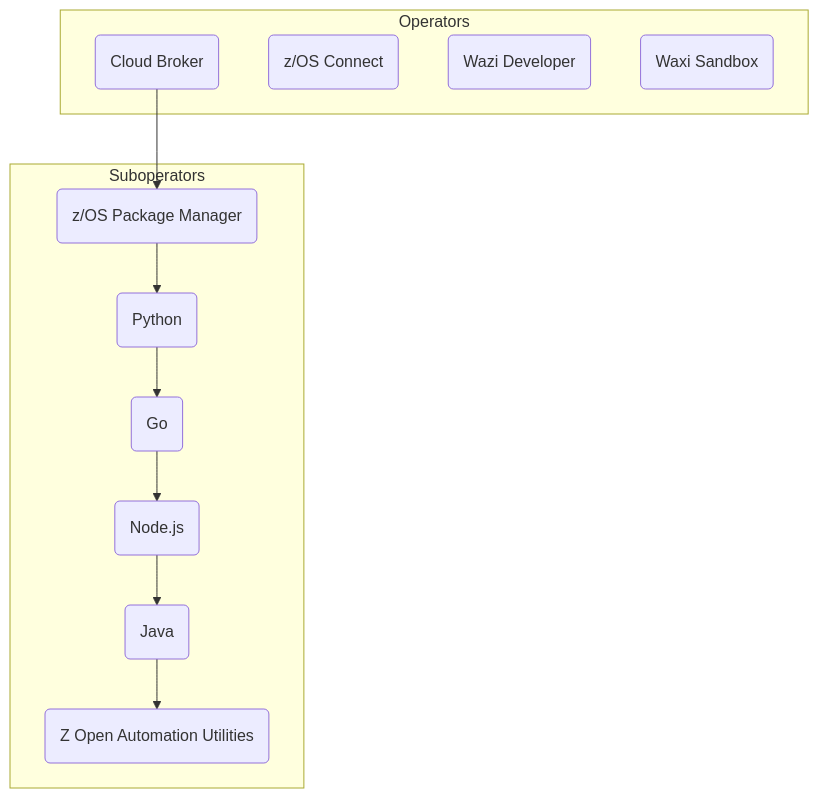
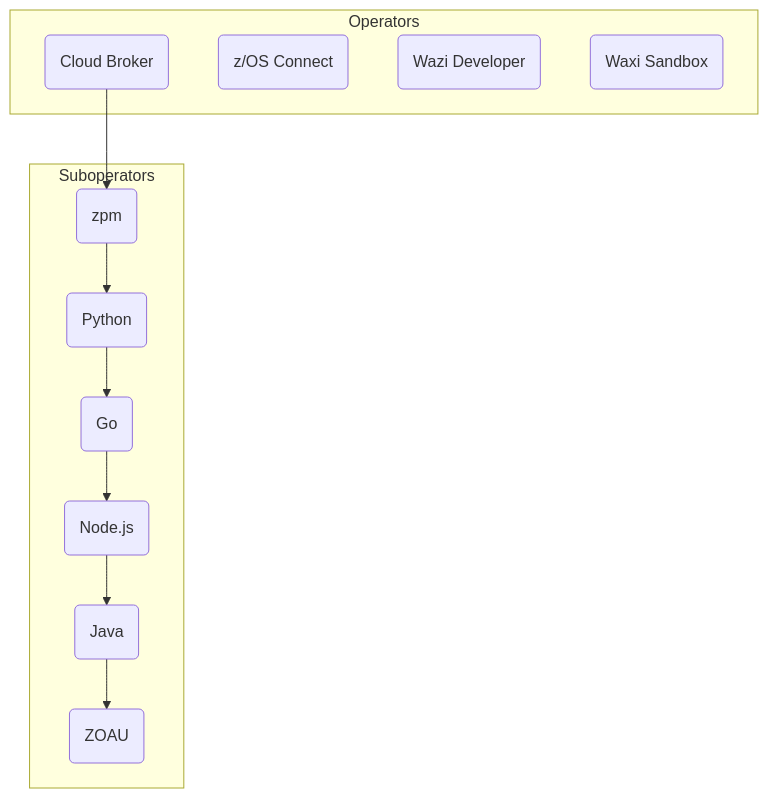
Before and after one commit to MikeFultonDev/mermexp: the diagram in my.md, drawn with Mermaid.

````diff
--- a/my.md
+++ b/my.md
@@ -1,23 +1,23 @@
 ```mermaid
   graph TD;
     subgraph Operators
       CB(Cloud Broker)
       zCEE(z/OS Connect)
       Dev(Wazi Developer)
       Sandbox(Waxi Sandbox)
     end
 
     subgraph Suboperators   
-      zpm(z/OS Package Manager)
+      zpm(zpm)
       python(Python)
       go(Go)
       node(Node.js)
       Java(Java)
-      ZOAU(Z Open Automation Utilities)
+      ZOAU(ZOAU)
       
       zpm --> python --> go --> node --> Java --> ZOAU
     end
     
     CB --> zpm
      
 ```
````
